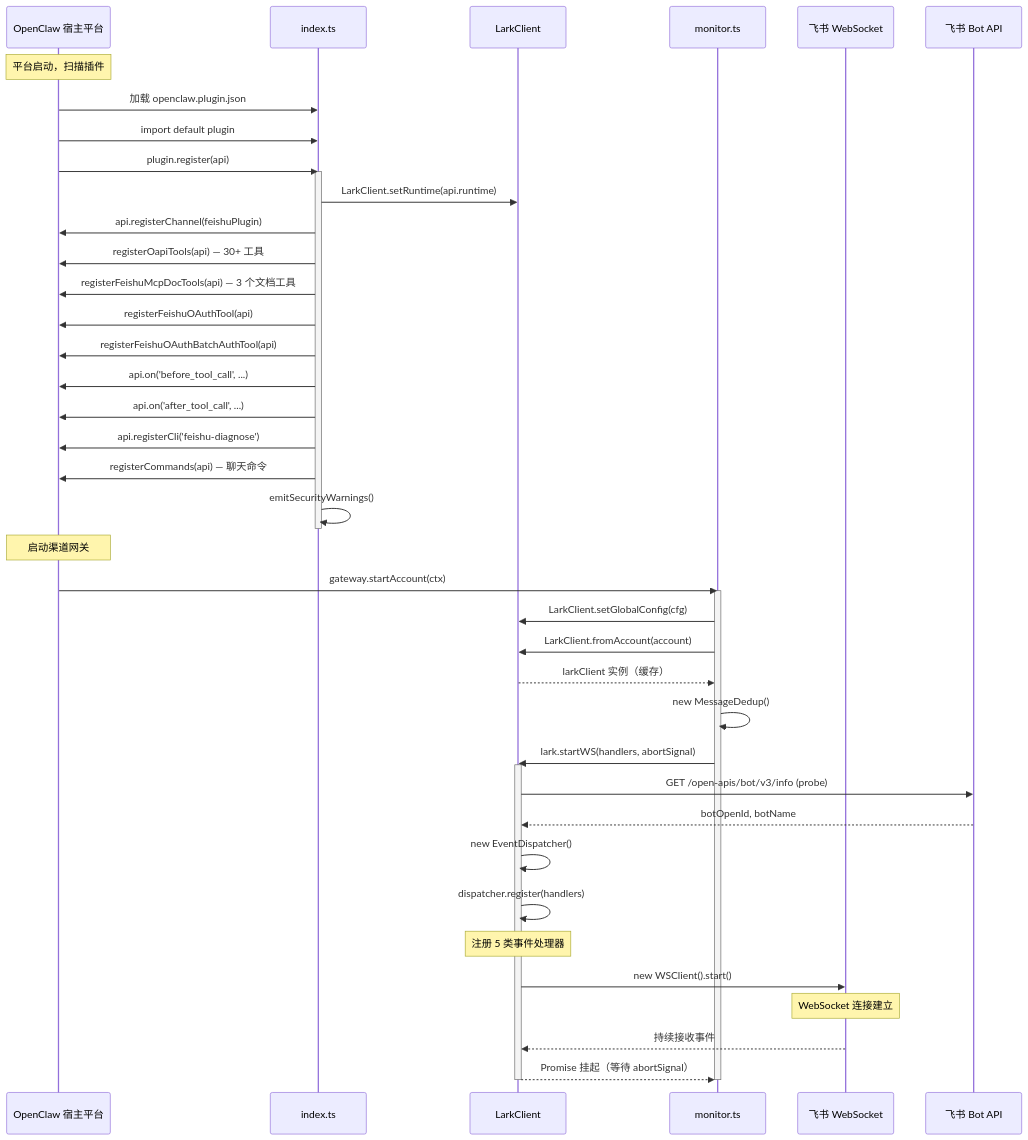
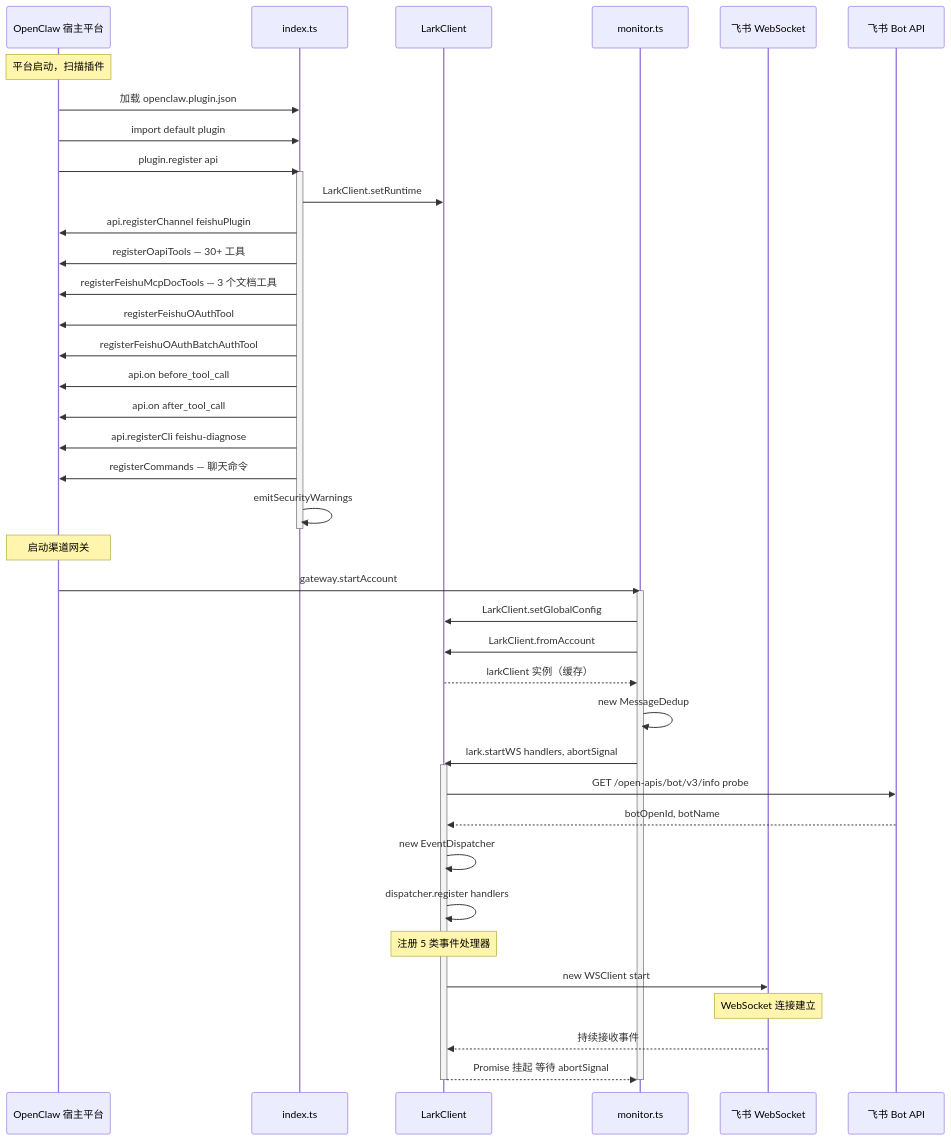
The third of 10 diagrams in docs/arch.md (seansun32/openclaw-lark), drawn with Mermaid before and after one commit. The commit also changed other lines of this file, not shown here.

First line of the commit message:
fix: remove parentheses from Mermaid node labels to fix GitHub rendering

````diff
--- a/docs/arch.md
+++ b/docs/arch.md
@@ -290,57 +280,57 @@
 ```mermaid
 sequenceDiagram
     participant Host as OpenClaw 宿主平台
     participant Entry as index.ts
     participant LC as LarkClient
     participant Monitor as monitor.ts
     participant WS as 飞书 WebSocket
     participant Bot as 飞书 Bot API
 
     Note over Host: 平台启动，扫描插件
 
     Host->>Entry: 加载 openclaw.plugin.json
     Host->>Entry: import default plugin
-    Host->>Entry: plugin.register(api)
+    Host->>Entry: plugin.register api
 
     activate Entry
-    Entry->>LC: LarkClient.setRuntime(api.runtime)
-    Entry->>Host: api.registerChannel(feishuPlugin)
-    Entry->>Host: registerOapiTools(api) — 30+ 工具
-    Entry->>Host: registerFeishuMcpDocTools(api) — 3 个文档工具
-    Entry->>Host: registerFeishuOAuthTool(api)
-    Entry->>Host: registerFeishuOAuthBatchAuthTool(api)
-    Entry->>Host: api.on('before_tool_call', ...)
-    Entry->>Host: api.on('after_tool_call', ...)
-    Entry->>Host: api.registerCli('feishu-diagnose')
-    Entry->>Host: registerCommands(api) — 聊天命令
-    Entry->>Entry: emitSecurityWarnings()
+    Entry->>LC: LarkClient.setRuntime
+    Entry->>Host: api.registerChannel feishuPlugin
+    Entry->>Host: registerOapiTools — 30+ 工具
+    Entry->>Host: registerFeishuMcpDocTools — 3 个文档工具
+    Entry->>Host: registerFeishuOAuthTool
+    Entry->>Host: registerFeishuOAuthBatchAuthTool
+    Entry->>Host: api.on before_tool_call
+    Entry->>Host: api.on after_tool_call
+    Entry->>Host: api.registerCli feishu-diagnose
+    Entry->>Host: registerCommands — 聊天命令
+    Entry->>Entry: emitSecurityWarnings
     deactivate Entry
 
     Note over Host: 启动渠道网关
 
-    Host->>Monitor: gateway.startAccount(ctx)
+    Host->>Monitor: gateway.startAccount
 
     activate Monitor
-    Monitor->>LC: LarkClient.setGlobalConfig(cfg)
-    Monitor->>LC: LarkClient.fromAccount(account)
+    Monitor->>LC: LarkClient.setGlobalConfig
+    Monitor->>LC: LarkClient.fromAccount
     LC-->>Monitor: larkClient 实例（缓存）
 
-    Monitor->>Monitor: new MessageDedup()
-    Monitor->>LC: lark.startWS(handlers, abortSignal)
+    Monitor->>Monitor: new MessageDedup
+    Monitor->>LC: lark.startWS handlers, abortSignal
 
     activate LC
-    LC->>Bot: GET /open-apis/bot/v3/info (probe)
+    LC->>Bot: GET /open-apis/bot/v3/info probe
     Bot-->>LC: botOpenId, botName
 
-    LC->>LC: new EventDispatcher()
-    LC->>LC: dispatcher.register(handlers)
+    LC->>LC: new EventDispatcher
+    LC->>LC: dispatcher.register handlers
     Note over LC: 注册 5 类事件处理器
 
-    LC->>WS: new WSClient().start()
+    LC->>WS: new WSClient start
     Note over WS: WebSocket 连接建立
     WS-->>LC: 持续接收事件
 
-    LC-->>Monitor: Promise 挂起（等待 abortSignal）
+    LC-->>Monitor: Promise 挂起 等待 abortSignal
     deactivate LC
     deactivate Monitor
 ```
````
